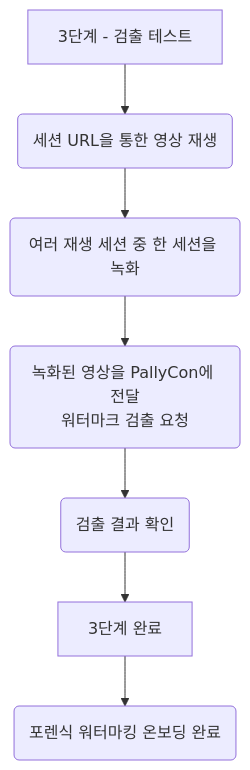
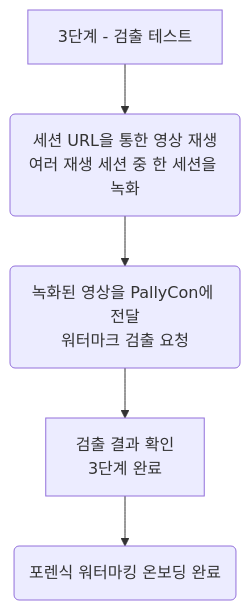
Before and after one commit to daniel-inka/pallycon-docs-v3: the third of 3 diagrams in content/forensic-watermarking/getting-started/fwm-onboarding.ko.md, drawn with Mermaid. The commit also changed 12 other files, not shown here.

````diff
--- a/content/forensic-watermarking/getting-started/fwm-onboarding.ko.md
+++ b/content/forensic-watermarking/getting-started/fwm-onboarding.ko.md
@@ -90,10 +90,8 @@
 ```mermaid
 graph TD;
-  detecting[3단계 - 검출 테스트] --> playback(세션 URL을 통한 영상 재생)
-  playback --> recording(여러 재생 세션 중 한 세션을 녹화)
-  recording --> request_detection(녹화된 영상을 PallyCon에 전달<br>워터마크 검출 요청)
-  request_detection --> confirm_detection(검출 결과 확인)
-  confirm_detection --> detection_done[3단계 완료]
+  detecting[3단계 - 검출 테스트] --> playback(세션 URL을 통한 영상 재생<br>여러 재생 세션 중 한 세션을 녹화)
+  playback --> request_detection(녹화된 영상을 PallyCon에 전달<br>워터마크 검출 요청)
+  request_detection --> detection_done[검출 결과 확인<br>3단계 완료]
   detection_done --> onboarding_complete(포렌식 워터마킹 온보딩 완료)
 
 ```
````
